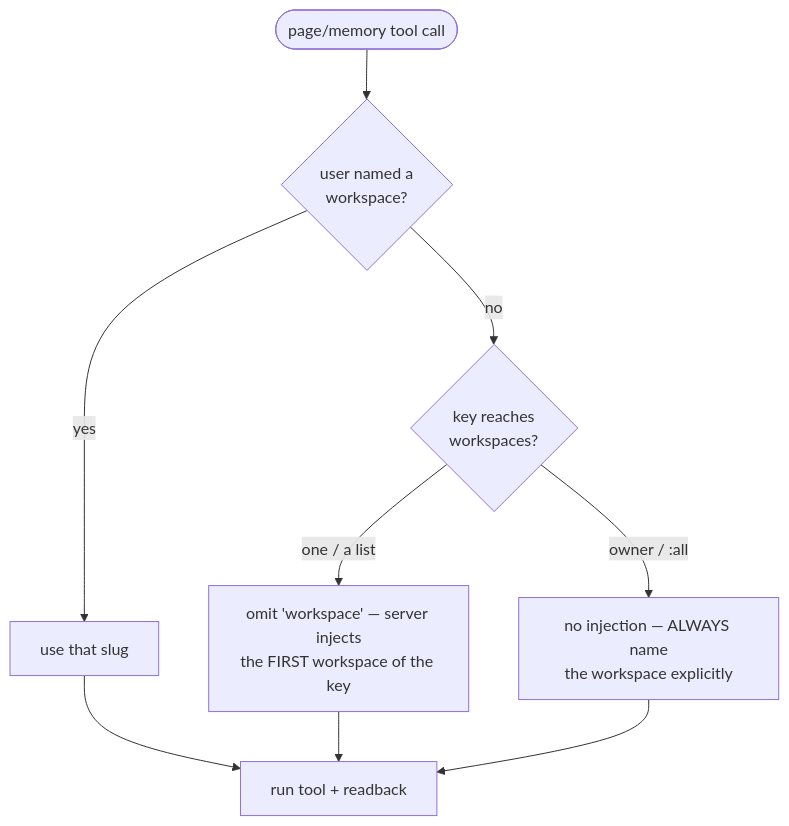
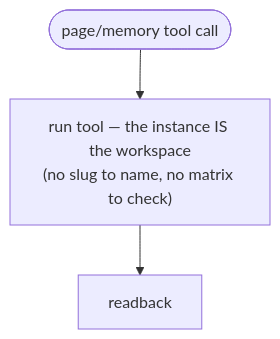
One commit to alvarolizama/dran changed the second of 3 diagrams in skills/dran/SKILL.md. Above: the diagram before and after it, drawn with Mermaid. The commit also changed other lines of this file and 5 other files, not shown here.

````diff
--- a/skills/dran/SKILL.md
+++ b/skills/dran/SKILL.md
@@ -81,11 +82,5 @@
 ```mermaid
 flowchart TD
-  S([page/memory tool call]) --> G1{"user named a\nworkspace?"}
-  G1 -->|yes| U1["use that slug"]
-  G1 -->|no| G2{"key reaches\nworkspaces?"}
-  G2 -->|"one / a list"| U2["omit 'workspace' — server injects\nthe FIRST workspace of the key"]
-  G2 -->|"owner / :all"| U3["no injection — ALWAYS name\nthe workspace explicitly"]
-  U1 --> W[run tool + readback]
-  U2 --> W
-  U3 --> W
+  S([page/memory tool call]) --> W["run tool — the instance IS the workspace\n(no slug to name, no matrix to check)"]
+  W --> R[readback]
 ```
````
